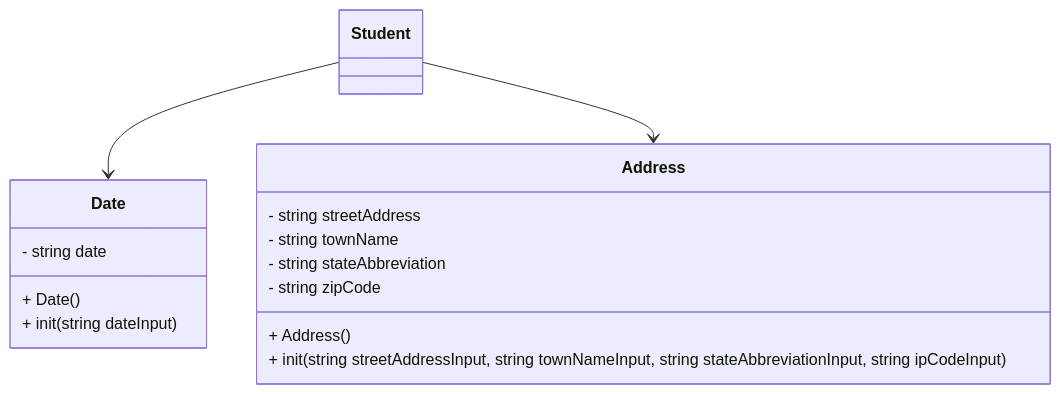
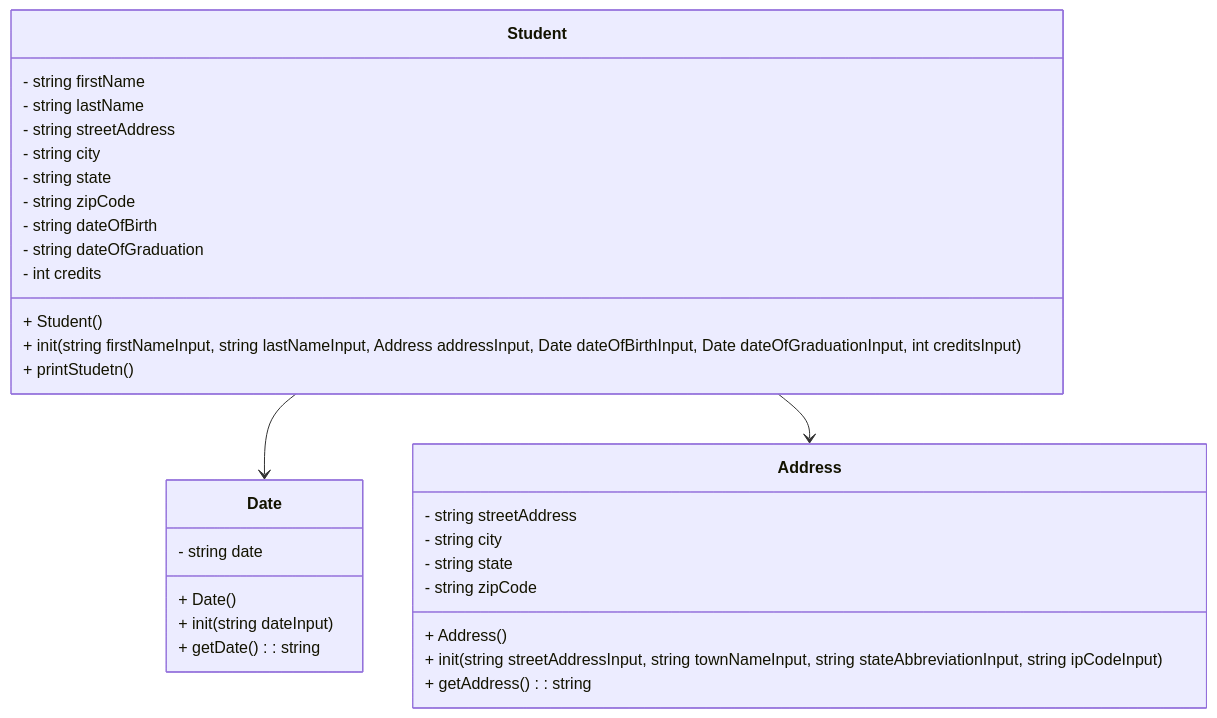
Before and after one commit to fish-2122/CS121-Project-6-Heap-Of-Students: the diagram in README.md, drawn with Mermaid.

Commit message:
finished student in mermaid

````diff
--- a/README.md
+++ b/README.md
@@ -3,25 +3,38 @@
 ```mermaid
 classDiagram
 
 class Date {
     - string date
     + Date()
     + init(string dateInput)
+    + getDate() : string
 }
 
 class Address {
     - string streetAddress
-    - string townName
-    - string stateAbbreviation
+    - string city
+    - string state
     - string zipCode
     + Address()
     + init(string streetAddressInput, string townNameInput, string stateAbbreviationInput, string ipCodeInput)
+    + getAddress() : string
 }
 
 class Student {
-
+    - string firstName
+    - string lastName
+    - string streetAddress
+    - string city
+    - string state
+    - string zipCode
+    - string dateOfBirth
+    - string dateOfGraduation
+    - int credits
+    + Student()
+    + init(string firstNameInput, string lastNameInput, Address addressInput, Date dateOfBirthInput, Date dateOfGraduationInput, int creditsInput)
+    + printStudetn()
 }
 
 Student --> Date
 Student --> Address
 ```
````
